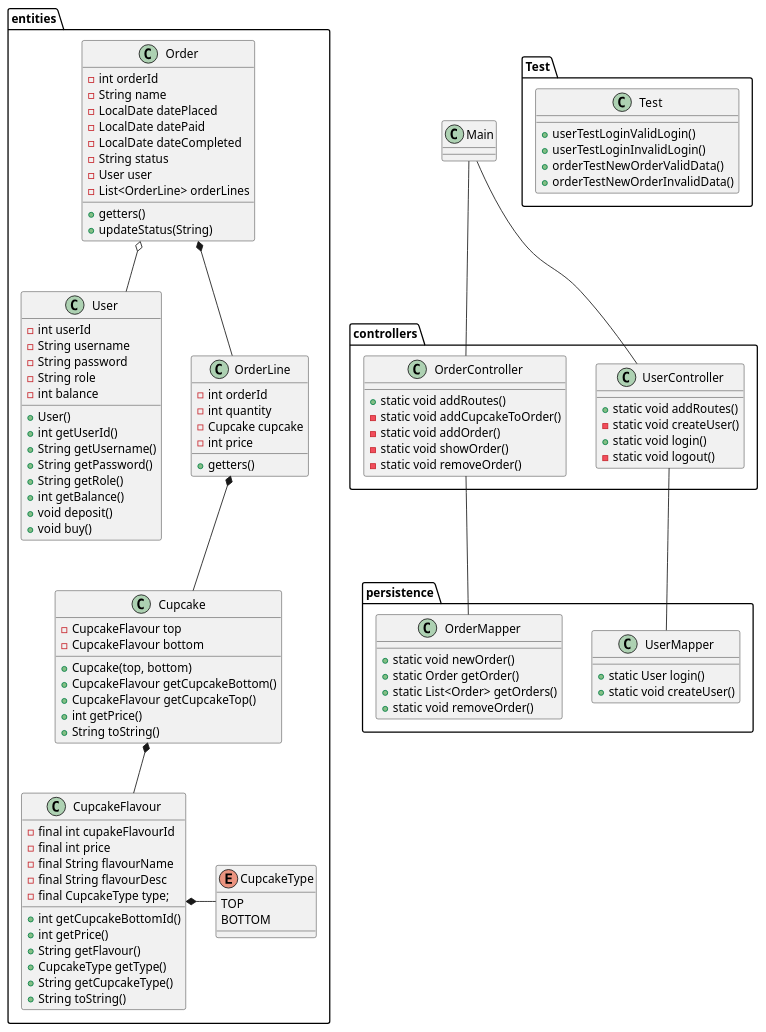
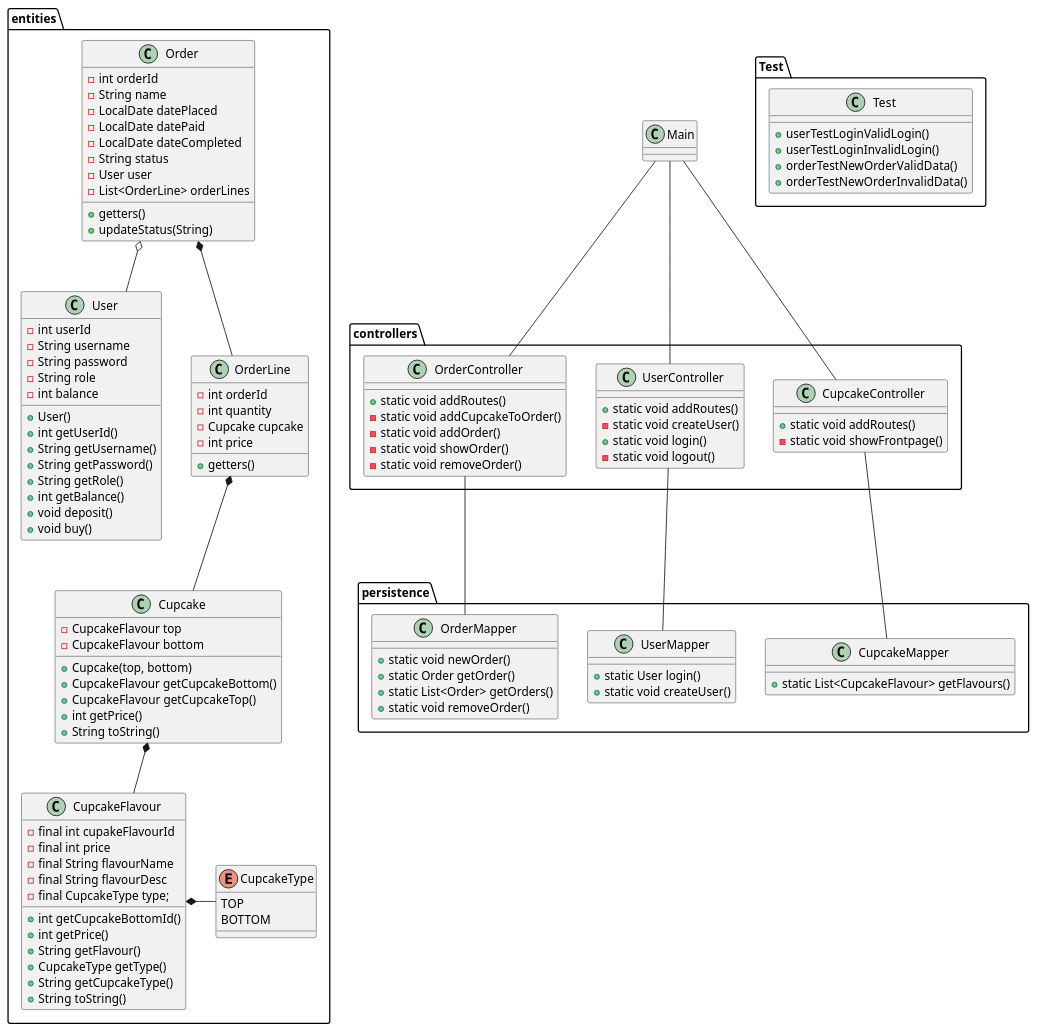
Before and after one commit to AndyTheDragon/Cupcake: the diagram in docs/class-diagramv1.puml, drawn with PlantUML. The commit also changed 1 other file, not shown here.

Commit message:
added CupcakeController and Mapper to diagram

```diff
--- a/docs/class-diagramv1.puml
+++ b/docs/class-diagramv1.puml
@@ -1,126 +1,135 @@
 @startuml
 'https://plantuml.com/class-diagram
 
 class Main {
 }
 
 package entities {
     enum CupcakeType {
         TOP
         BOTTOM
     }
     class CupcakeFlavour {
         - final int cupakeFlavourId
         - final int price
         - final String flavourName
         - final String flavourDesc
         - final CupcakeType type;
         + int getCupcakeBottomId()
         + int getPrice()
         + String getFlavour()
         + CupcakeType getType()
         + String getCupcakeType()
         'override
         + String toString()
     }
 
     class Cupcake {
         - CupcakeFlavour top
         - CupcakeFlavour bottom
         + Cupcake(top, bottom)
         + CupcakeFlavour getCupcakeBottom()
         + CupcakeFlavour getCupcakeTop()
         + int getPrice()
         'override
         + String toString()
     }
 
     class User {
         - int userId
         - String username
         - String password
         - String role
         - int balance
         + User()
         + int getUserId()
         + String getUsername()
         + String getPassword()
         + String getRole()
         + int getBalance()
         + void deposit()
         + void buy()
     }
 
     class Order {
         - int orderId
         - String name
         - LocalDate datePlaced
         - LocalDate datePaid
         - LocalDate dateCompleted
         - String status
         - User user
         - List<OrderLine> orderLines
         + getters()
         + updateStatus(String)
     }
     class OrderLine {
         - int orderId
         - int quantity
         - Cupcake cupcake
         - int price
         + getters()
     }
 }
 
 package controllers {
+    class CupcakeController {
+        + static void addRoutes()
+        - static void showFrontpage()
+    }
     class UserController {
         + static void addRoutes()
         - static void createUser()
         + static void login()
         - static void logout()
     }
     class OrderController {
         + static void addRoutes()
         - static void addCupcakeToOrder()
         - static void addOrder()
         - static void showOrder()
         - static void removeOrder()
     }
 }
 
 package persistence {
+    class CupcakeMapper {
+        + static List<CupcakeFlavour> getFlavours()
+    }
     class OrderMapper {
         + static void newOrder()
         + static Order getOrder()
         + static List<Order> getOrders()
         + static void removeOrder()
     }
 
     class UserMapper {
         + static User login()
         + static void createUser()
     }
 }
 
 package Test {
  class Test {
     + userTestLoginValidLogin()
     + userTestLoginInvalidLogin()
     + orderTestNewOrderValidData()
     + orderTestNewOrderInvalidData()
 
 
  }
 }
 
+Main -- CupcakeController
 Main -- OrderController
 Main -- UserController
+CupcakeController -- CupcakeMapper
 OrderController -- OrderMapper
 UserController -- UserMapper
 Cupcake *-- CupcakeFlavour
 Order *-- OrderLine
 Order o-- User
 OrderLine *-- Cupcake
 CupcakeFlavour *- CupcakeType
 
 @enduml
```
